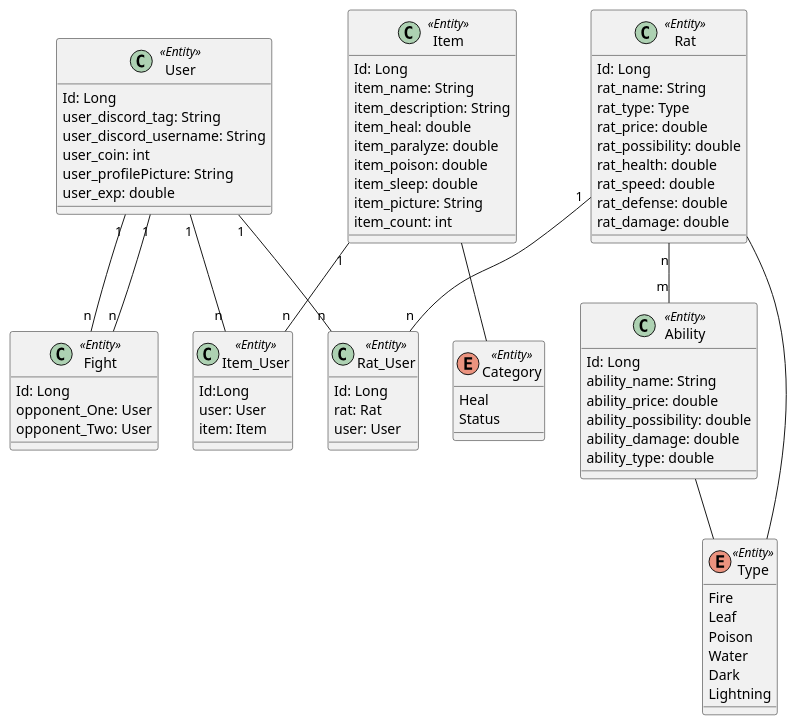
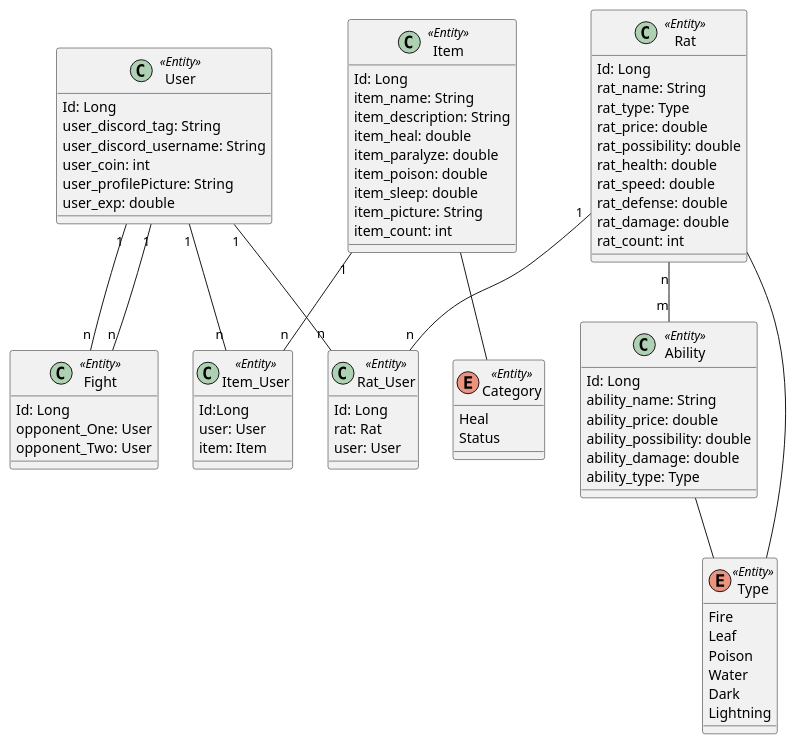
The diagram in SewerRats-App/sewerrats-app.puml (La-Espada/SewerRats-RestApi), drawn with PlantUML before and after one commit. The commit also changed 3 other files, not shown here.

Commit message:
added attributes to Entitiy Ability,Item,Rat

```diff
--- a/SewerRats-App/sewerrats-app.puml
+++ b/SewerRats-App/sewerrats-app.puml
@@ -1,93 +1,94 @@
 @startuml
 class User<<Entity>>{
     Id: Long
     user_discord_tag: String
     user_discord_username: String
     user_coin: int
     user_profilePicture: String
     user_exp: double
 }
 
 class Item<<Entity>>{
     Id: Long
     item_name: String
     item_description: String
     item_heal: double
     item_paralyze: double
     item_poison: double
     item_sleep: double
     item_picture: String
     item_count: int
 }
 
 
 class Item_User<<Entity>>{
     Id:Long
     user: User
     item: Item
 }
 
 class Rat<<Entity>>{
     Id: Long
     rat_name: String
     rat_type: Type
     rat_price: double
     rat_possibility: double
     rat_health: double
     rat_speed: double
     rat_defense: double
     rat_damage: double
+    rat_count: int
 }
 
 class Rat_User<<Entity>>{
     Id: Long
     rat: Rat
     user: User
 }
 
 class Ability<<Entity>>{
     Id: Long
     ability_name: String
     ability_price: double
     ability_possibility: double
     ability_damage: double
-    ability_type: double
+    ability_type: Type
 }
 
 class Fight<<Entity>>{
     Id: Long
     opponent_One: User
     opponent_Two: User
 }
 
 enum Type<<Entity>>{
 Fire
 Leaf
 Poison
 Water
 Dark
 Lightning
 }
 
 enum Category<<Entity>>{
 Heal
 Status
 }
 
 
 User "1" -- "n" Rat_User
 Rat "1" -- "n" Rat_User
 User "1" -- "n" Item_User
 Item "1" -- "n" Item_User
 User "1" -- "n" Fight
 Fight "n" -- "1" User
 Rat "n" -- "m" Ability
 Rat -- Type
 Ability -- Type
 Item -- Category
 
 
 
 
 
 @enduml
```
